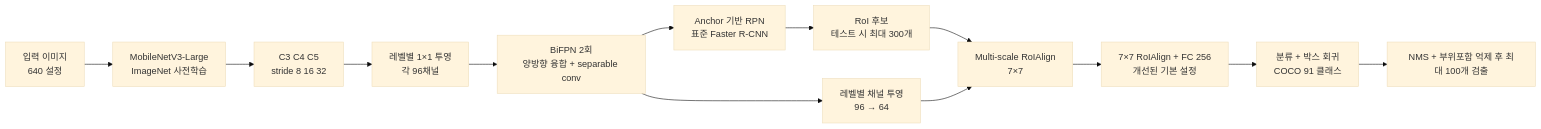
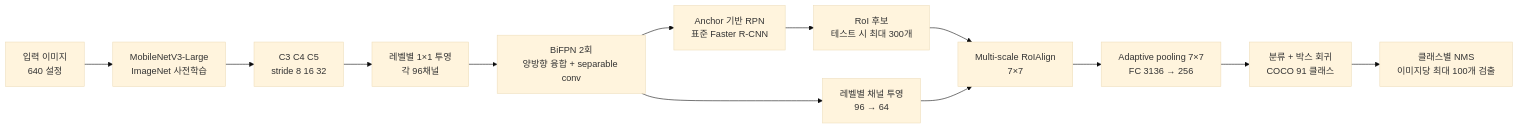
Before and after one commit to AI-Engineering-Teamproject/Lite-R-CNN: the diagram in README.md, drawn with Mermaid (base theme). The commit also changed other lines of this file, not shown here.

````diff
--- a/README.md
+++ b/README.md
@@ -11,15 +11,15 @@
 ```mermaid
 flowchart LR
     A[입력 이미지<br/>640 설정] --> B[MobileNetV3-Large<br/>ImageNet 사전학습]
     B --> C[C3 C4 C5<br/>stride 8 16 32]
     C --> D[레벨별 1×1 투영<br/>각 96채널]
     D --> E[BiFPN 2회<br/>양방향 융합 + separable conv]
     E --> F[Anchor 기반 RPN<br/>표준 Faster R-CNN]
     F --> G[RoI 후보<br/>테스트 시 최대 300개]
     E --> H[레벨별 채널 투영<br/>96 → 64]
     G --> I[Multi-scale RoIAlign<br/>7×7]
     H --> I
-    I --> J[7×7 RoIAlign + FC 256<br/>개선된 기본 설정]
+    I --> J[Adaptive pooling 7×7<br/>FC 3136 → 256]
     J --> K[분류 + 박스 회귀<br/>COCO 91 클래스]
-    K --> L[NMS + 부위포함 억제 후 최대 100개 검출]
+    K --> L[클래스별 NMS<br/>이미지당 최대 100개 검출]
 ```
````
